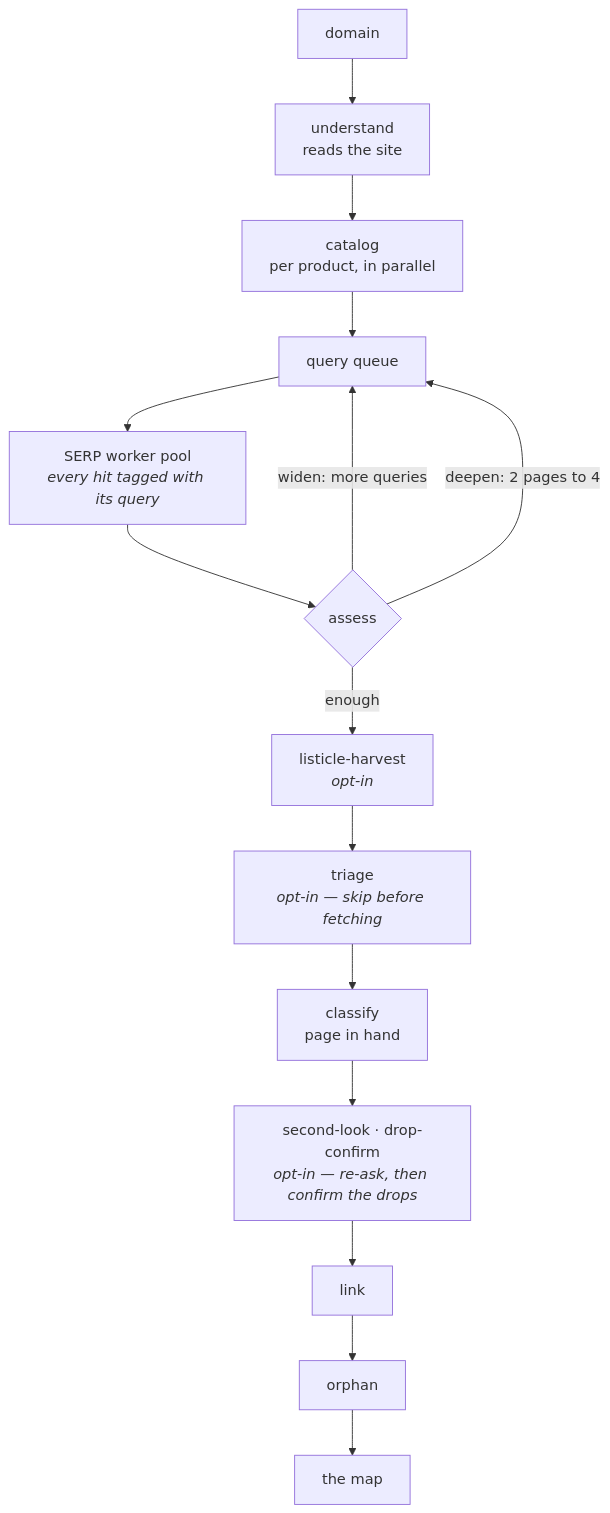
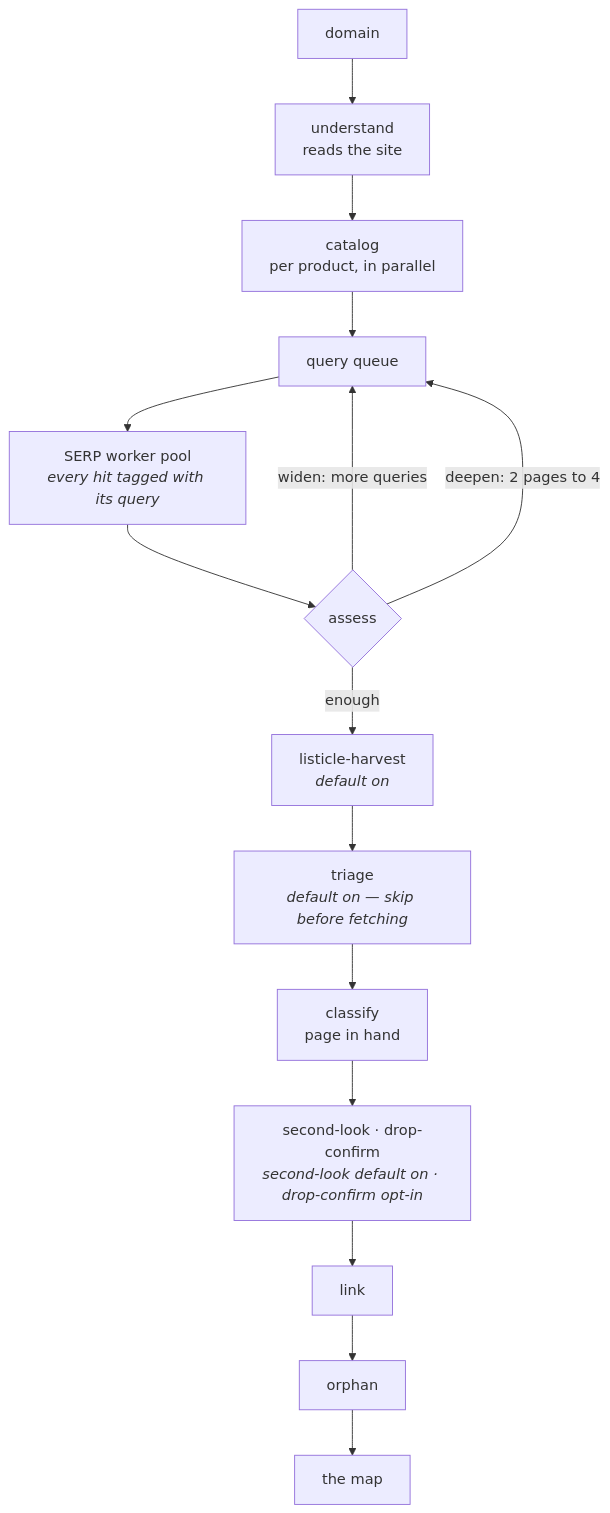
Before and after one commit to mo-root/open-kb: the diagram in README.md, drawn with Mermaid. The commit also changed other lines of this file and 10 other files, not shown here.

````diff
--- a/README.md
+++ b/README.md
@@ -94,15 +99,15 @@
 ```mermaid
 flowchart TD
     D[domain] --> U["understand<br/>reads the site"]
     U --> C["catalog<br/>per product, in parallel"]
     C --> Q["query queue"]
     Q --> W["SERP worker pool<br/><i>every hit tagged with its query</i>"]
     W --> A{"assess"}
     A -->|"widen: more queries"| Q
     A -->|"deepen: 2 pages to 4"| Q
-    A -->|"enough"| H["listicle-harvest<br/><i>opt-in</i>"]
-    H --> T["triage<br/><i>opt-in — skip before fetching</i>"]
+    A -->|"enough"| H["listicle-harvest<br/><i>default on</i>"]
+    H --> T["triage<br/><i>default on — skip before fetching</i>"]
     T --> K["classify<br/>page in hand"]
-    K --> S["second-look · drop-confirm<br/><i>opt-in — re-ask, then confirm the drops</i>"]
+    K --> S["second-look · drop-confirm<br/><i>second-look default on · drop-confirm opt-in</i>"]
     S --> L["link"] --> O["orphan"] --> M["the map"]
 ```
````
